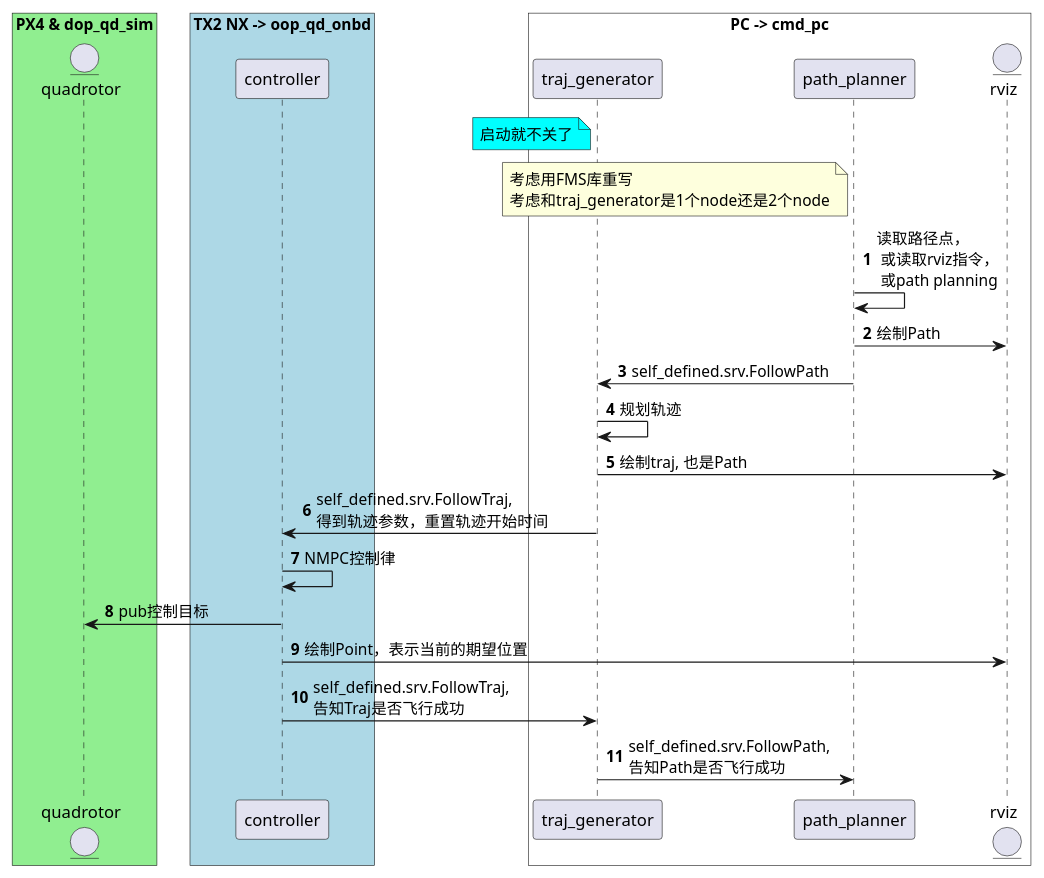
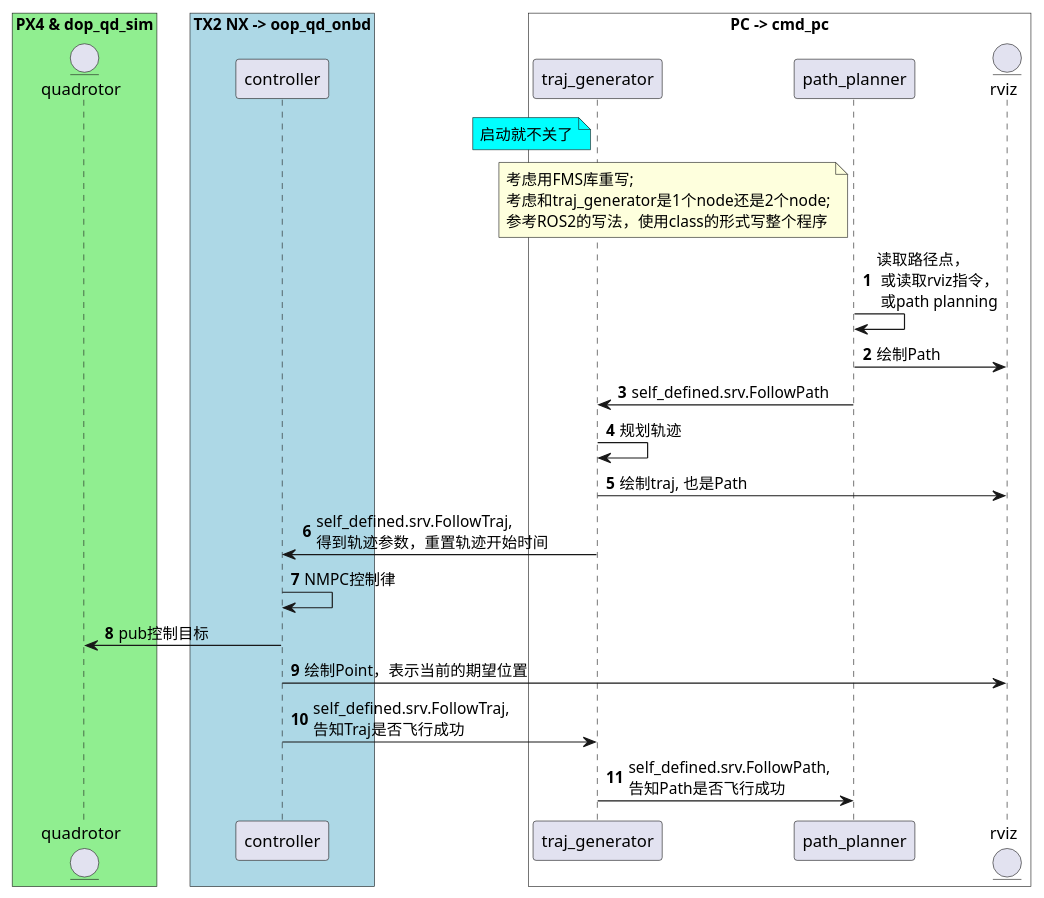
One commit to Li-Jinjie/cmd_pc changed the diagram in UMLs/workflow.puml. Above: the diagram before and after it, drawn with PlantUML. The commit also changed 1 other file, not shown here.

```diff
--- a/UMLs/workflow.puml
+++ b/UMLs/workflow.puml
@@ -1,71 +1,72 @@
 @startuml
 'https://plantuml.com/sequence-diagram
 
 autonumber
 
 box "PX4 & dop_qd_sim" #LightGreen
 entity quadrotor
 end box
 
 box "TX2 NX -> oop_qd_onbd" #LightBLUE
 participant controller
 end box
 'note right of pt_publisher #aqua
 '需要从ROS里拿一个parameter
 '确定是选SE3还是NMPC
 'end note
 
 box "PC -> cmd_pc" #White
 participant traj_generator
 participant path_planner
 entity rviz
 end box
 
 note left of traj_generator #aqua
 启动就不关了
 end note
 
 note left of path_planner
-考虑用FMS库重写
-考虑和traj_generator是1个node还是2个node
+考虑用FMS库重写;
+考虑和traj_generator是1个node还是2个node;
+参考ROS2的写法，使用class的形式写整个程序
 end note
 
 path_planner -> path_planner: 读取路径点，\n 或读取rviz指令，\n 或path planning
 path_planner -> rviz: 绘制Path
 path_planner -> traj_generator: self_defined.srv.FollowPath
 
 
 traj_generator -> traj_generator: 规划轨迹
 traj_generator -> rviz: 绘制traj, 也是Path
 traj_generator -> controller: self_defined.srv.FollowTraj, \n得到轨迹参数，重置轨迹开始时间
 
 controller -> controller: NMPC控制律
 controller -> quadrotor: pub控制目标
 controller -> rviz: 绘制Point，表示当前的期望位置
 
 
 controller -> traj_generator: self_defined.srv.FollowTraj, \n告知Traj是否飞行成功
 traj_generator -> path_planner: self_defined.srv.FollowPath, \n告知Path是否飞行成功
 
 'controller -> traj_generator: self_defined.srv.GetTraj, \n告知当前点已飞行完毕，当前点位置
 'note left
 '状态: IDLE
 'end note
 '
 'traj_generator -> path_planner: nav.msgs.srv.GetPlan, \n告知当前点已飞行完毕，当前点位置
 '
 'path_planner -> path_planner: path planning
 'path_planner -> rviz: 绘制Path
 'path_planner -> traj_generator: nav.msgs.srv.GetPlan, 回复Path, 得到全部路径点
 '
 'traj_generator -> traj_generator: 规划轨迹
 'traj_generator -> rviz: 绘制轨迹
 'traj_generator -> controller: self_defined.srv.GetTraj, 得到轨迹参数，重置轨迹开始时间
 'note left
 '状态: PUB
 'end note
 '
 'controller -> rviz: 绘制Point，表示当前的期望位置
 
 
 @enduml
```
